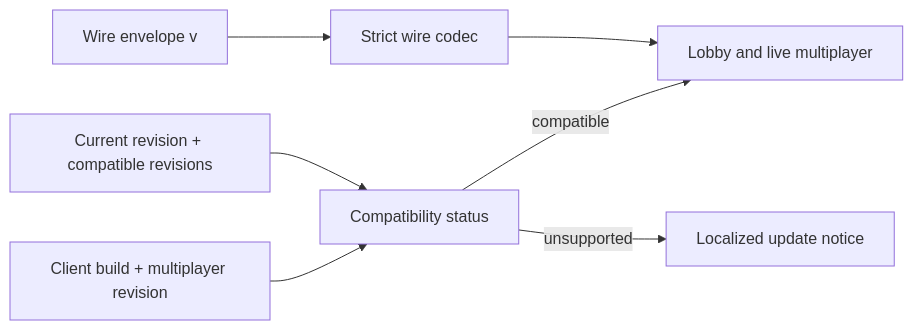
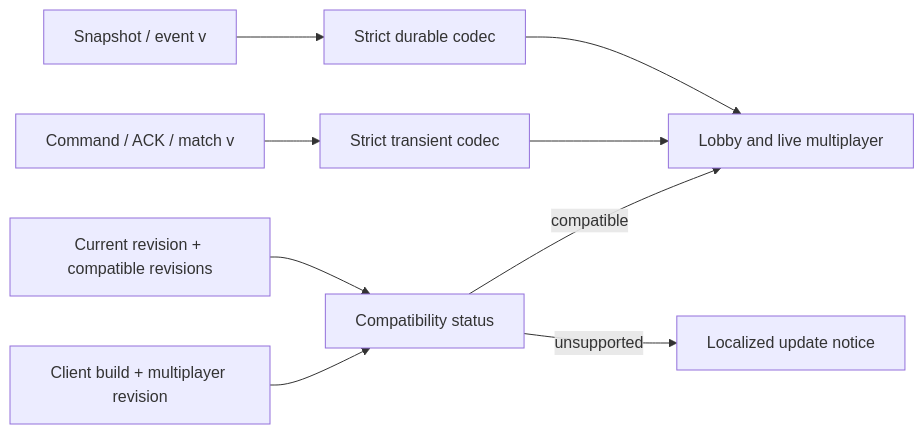
One commit to ernestwisniewski/aonw changed the diagram in docs/adr/0004-versioned-multiplayer-protocol.md. Above: the diagram before and after it, drawn with Mermaid. The commit also changed other lines of this file and 1565 other files, not shown here.

````diff
--- a/docs/adr/0004-versioned-multiplayer-protocol.md
+++ b/docs/adr/0004-versioned-multiplayer-protocol.md
@@ -25,9 +26,11 @@
 ```mermaid
 flowchart LR
   Client["Client build + multiplayer revision"] --> Status["Compatibility status"]
   Registry["Current revision + compatible revisions"] --> Status
   Status -->|compatible| Multiplayer["Lobby and live multiplayer"]
   Status -->|unsupported| Notice["Localized update notice"]
-  Wire["Wire envelope v"] --> Decoder["Strict wire codec"]
+  Transient["Command / ACK / match v"] --> Decoder["Strict transient codec"]
+  Durable["Snapshot / event v"] --> Storage["Strict durable codec"]
   Decoder --> Multiplayer
+  Storage --> Multiplayer
 ```
````
